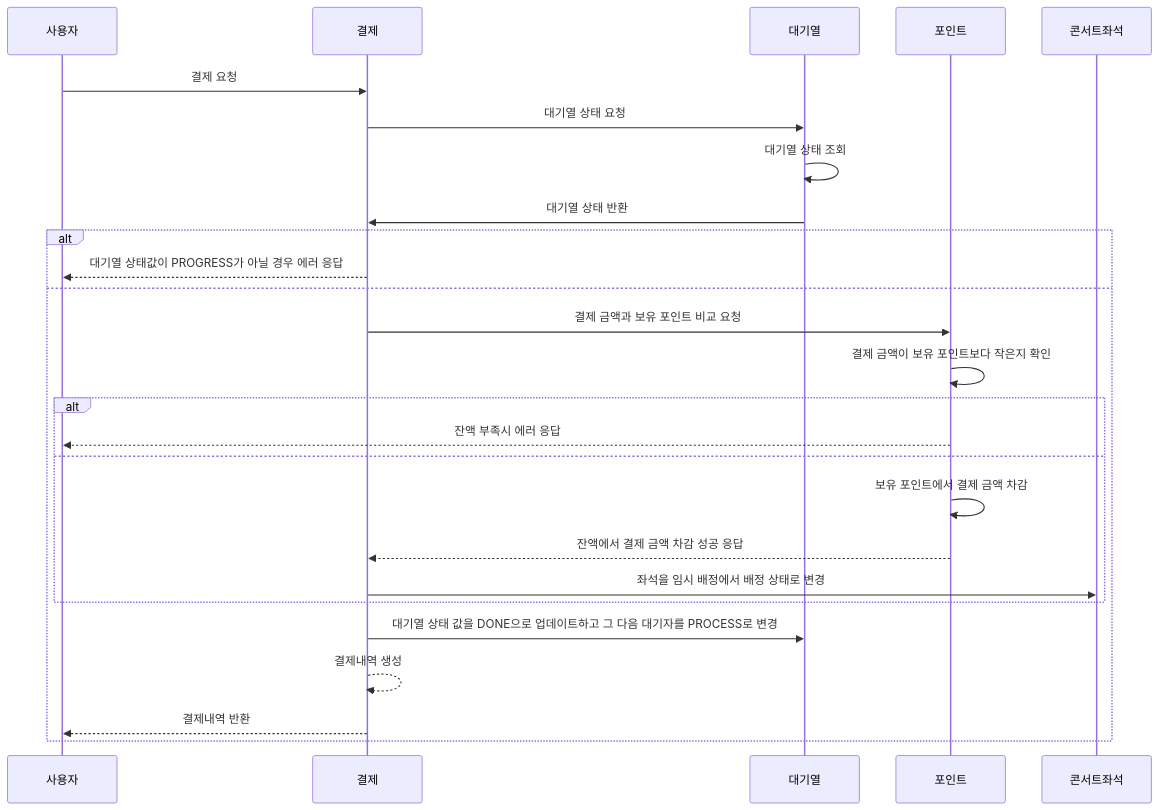
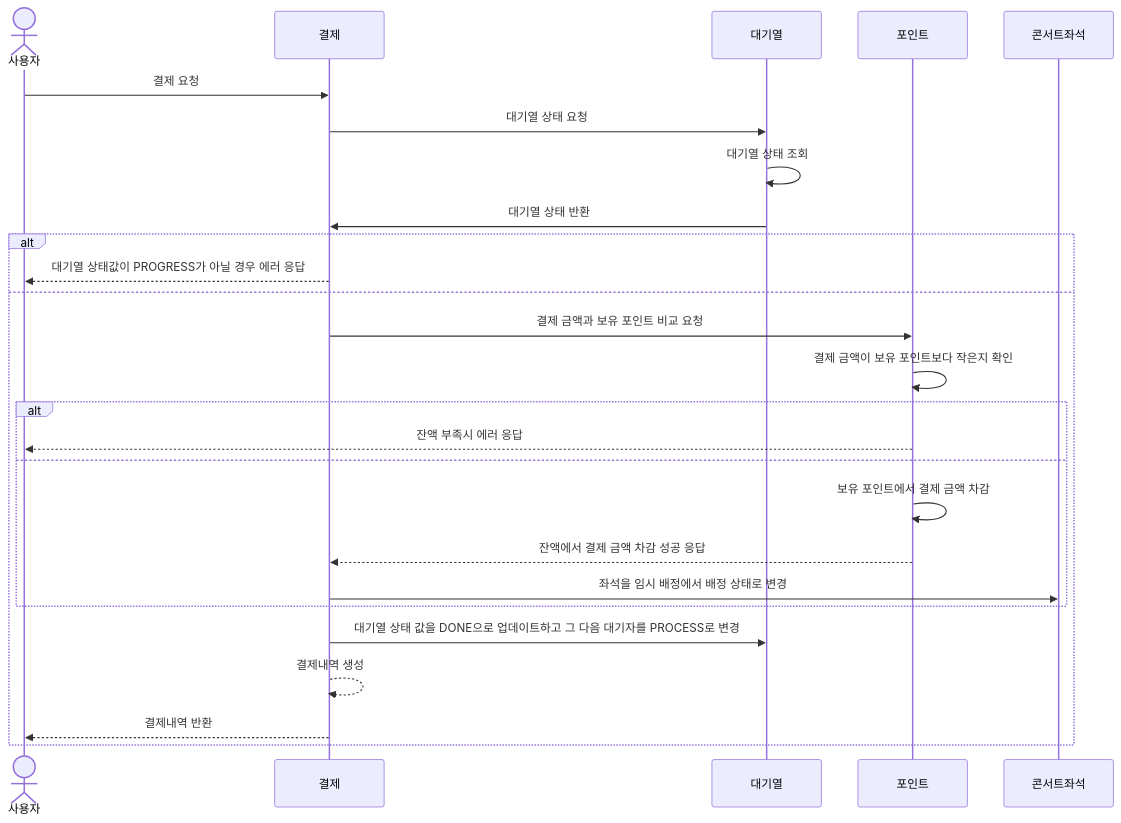
Before and after one commit to Lexyyaa/hhplus-reservation: the seventh of 7 diagrams in reservation/doc/sequenceDiagram.md, drawn with Mermaid.

````diff
--- a/reservation/doc/sequenceDiagram.md
+++ b/reservation/doc/sequenceDiagram.md
@@ -125,28 +125,28 @@
 ```mermaid
 sequenceDiagram
-    participant 사용자 as 사용자
+    actor 사용자 as 사용자
     participant 결제 as 결제
     participant 대기열 as 대기열
     participant 포인트 as 포인트
     participant 콘서트좌석 as 콘서트좌석
     사용자 ->> 결제: 결제 요청
     결제 ->> 대기열: 대기열 상태 요청
     대기열 ->> 대기열: 대기열 상태 조회
     대기열 ->> 결제: 대기열 상태 반환
     alt
         결제 -->> 사용자: 대기열 상태값이 PROGRESS가 아닐 경우 에러 응답
     else
         결제 ->> 포인트: 결제 금액과 보유 포인트 비교 요청
         포인트 ->> 포인트: 결제 금액이 보유 포인트보다 작은지 확인
         alt
           포인트 -->> 사용자: 잔액 부족시 에러 응답
         else
           포인트 ->> 포인트: 보유 포인트에서 결제 금액 차감
           포인트 -->> 결제: 잔액에서 결제 금액 차감 성공 응답
           결제 ->> 콘서트좌석: 좌석을 임시 배정에서 배정 상태로 변경
         end
         결제 ->> 대기열: 대기열 상태 값을 DONE으로 업데이트하고 그 다음 대기자를 PROCESS로 변경
         결제 -->> 결제: 결제내역 생성
         결제 -->> 사용자: 결제내역 반환
     end
 ```
````
